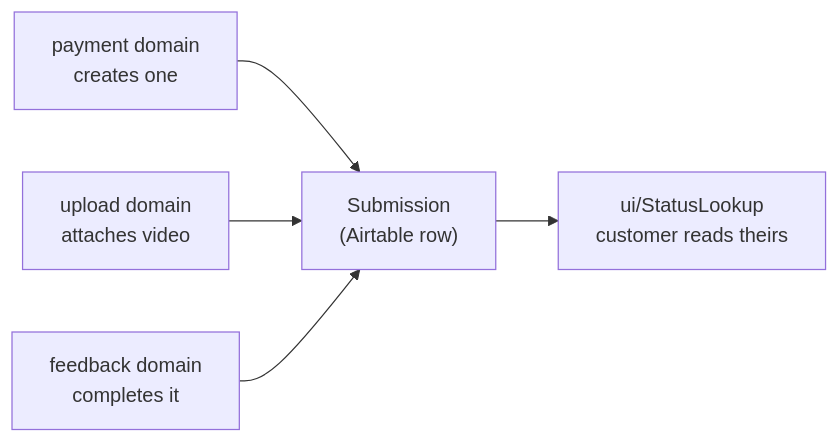
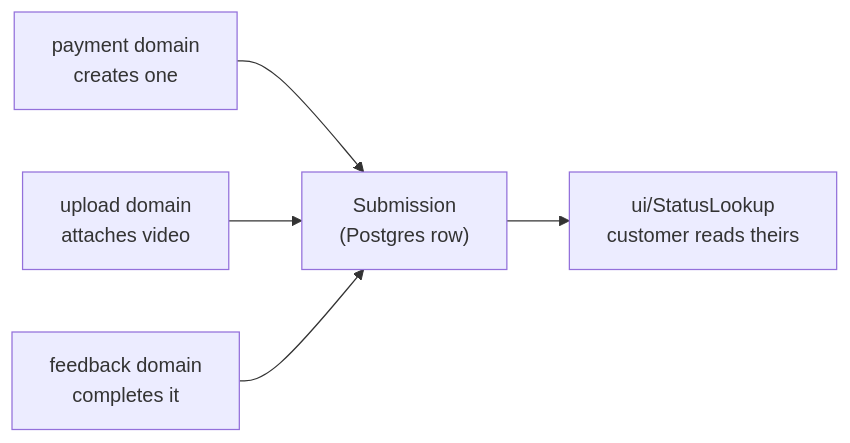
One commit to aaronjwylie/baseballcoach changed the diagram in src/domains/submission/_SubmissionDocumentation.md. Above: the diagram before and after it, drawn with Mermaid. The commit also changed other lines of this file and 4 other files, not shown here.

````diff
--- a/src/domains/submission/_SubmissionDocumentation.md
+++ b/src/domains/submission/_SubmissionDocumentation.md
@@ -15,7 +15,7 @@
 ```mermaid
 flowchart LR
-    PAY["payment domain<br/>creates one"] --> SUB["Submission<br/>(Airtable row)"]
+    PAY["payment domain<br/>creates one"] --> SUB["Submission<br/>(Postgres row)"]
     UP["upload domain<br/>attaches video"] --> SUB
     FB["feedback domain<br/>completes it"] --> SUB
     SUB --> LOOK["ui/StatusLookup<br/>customer reads theirs"]
 ```
````
